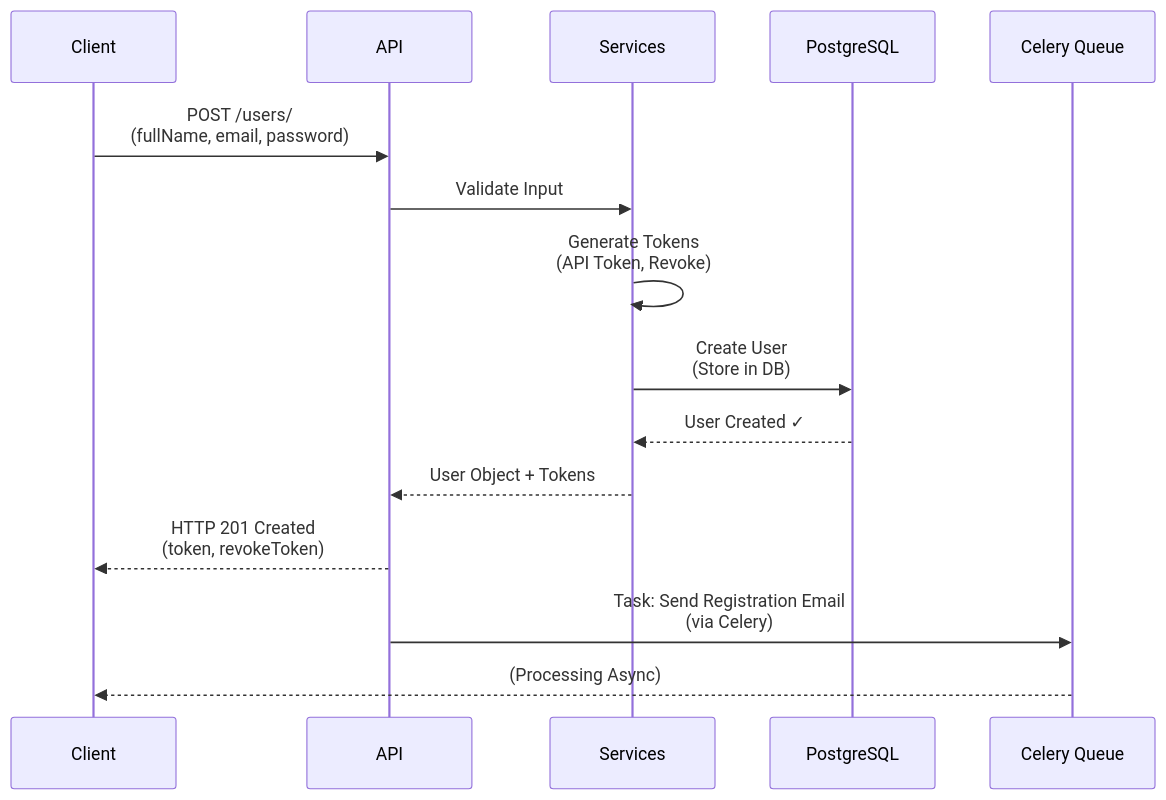
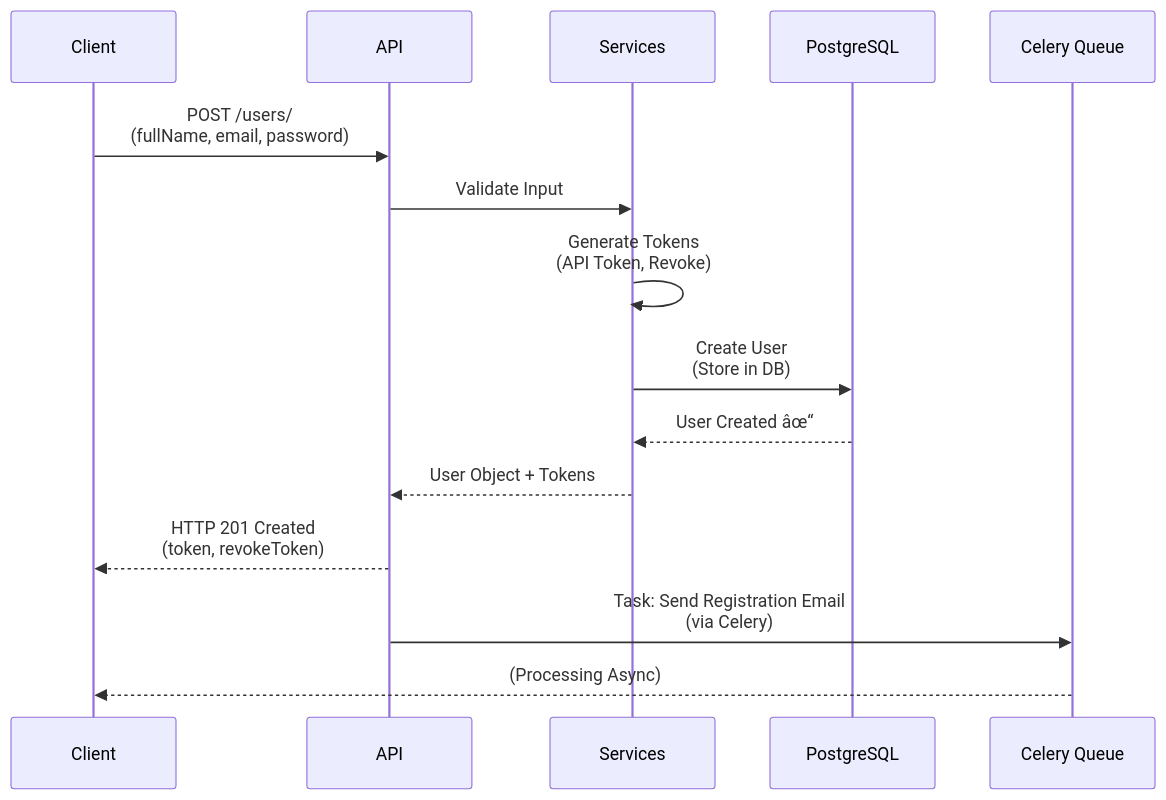
Before and after one commit to Sumit0ubey/MailAPIX: the second of 8 diagrams in README.md, drawn with Mermaid. The commit also changed other lines of this file and 1 other file, not shown here.

````diff
--- a/README.md
+++ b/README.md
@@ -203,19 +203,19 @@
 ```mermaid
 sequenceDiagram
     participant Client
     participant API
     participant Services
     participant DB as PostgreSQL
     participant Queue as Celery Queue
 
     Client->>API: POST /users/<br/>(fullName, email, password)
     API->>Services: Validate Input
     Services->>Services: Generate Tokens<br/>(API Token, Revoke)
     Services->>DB: Create User<br/>(Store in DB)
-    DB-->>Services: User Created ✓
+    DB-->>Services: User Created âœ“
     Services-->>API: User Object + Tokens
     API-->>Client: HTTP 201 Created<br/>(token, revokeToken)
     
     API->>Queue: Task: Send Registration Email<br/>(via Celery)
     Queue-->>Client: (Processing Async)
 ```
````
